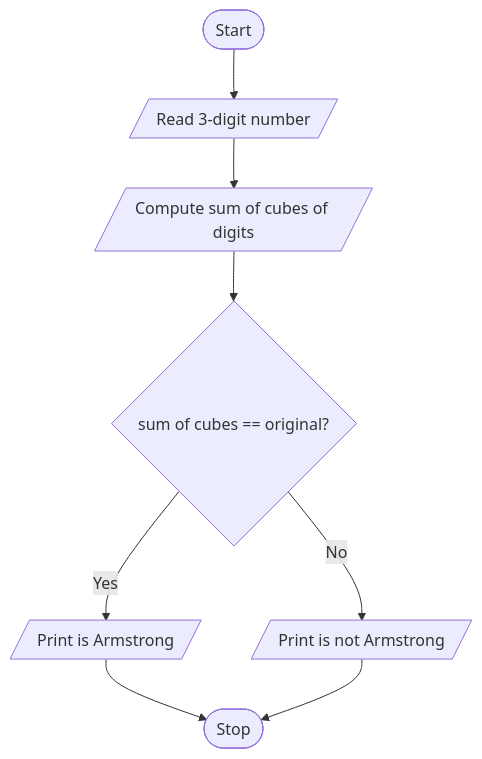
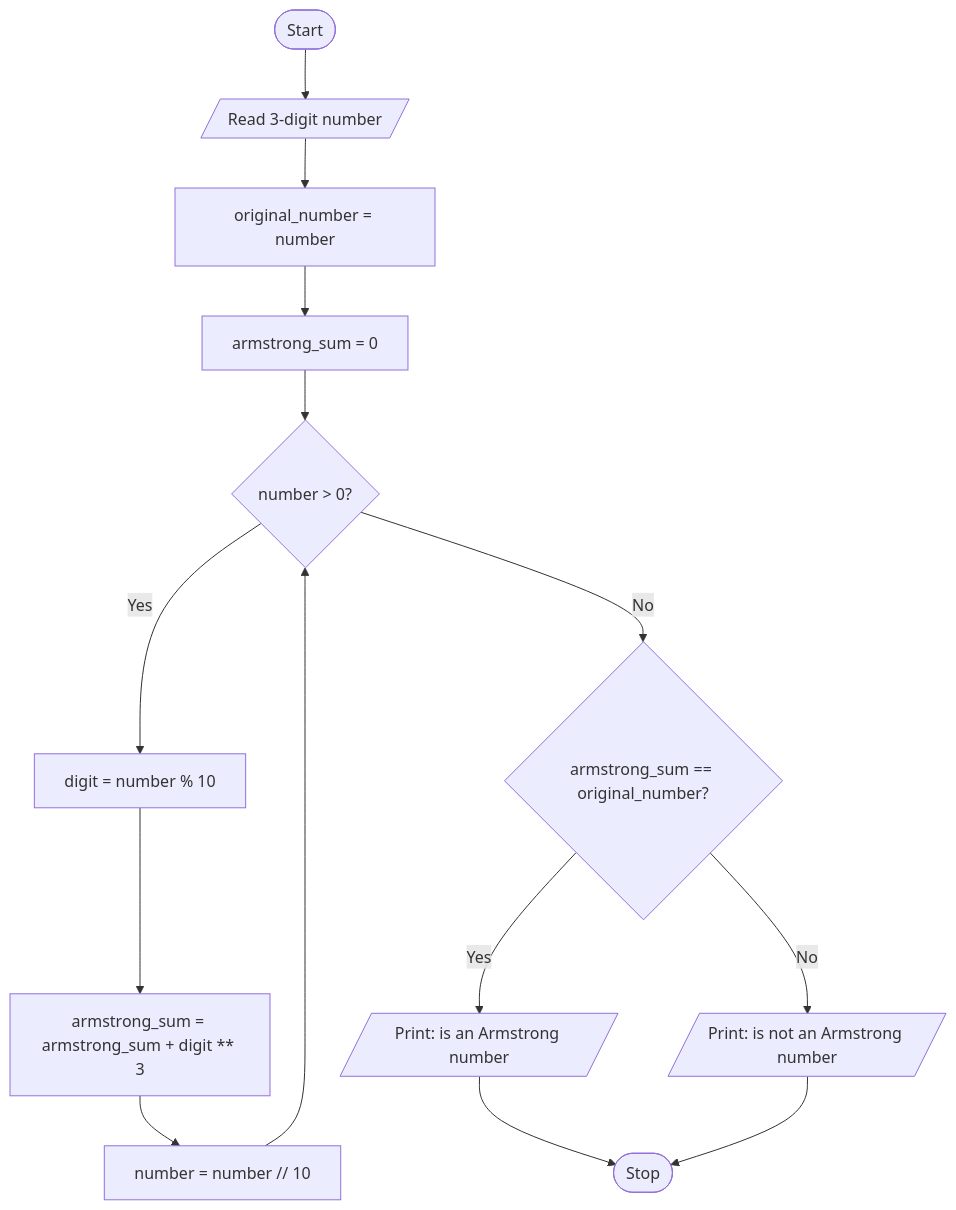
One commit to asvnphanindra/2026-27_PythonProgrammingCourse changed the diagram in .faculty/observations/u2b11arm.md. Above: the diagram before and after it, drawn with Mermaid. The commit also changed 20 other files, not shown here.

Commit message:
Expand Full-observation flowcharts with step-by-step Mermaid detail.

````diff
--- a/.faculty/observations/u2b11arm.md
+++ b/.faculty/observations/u2b11arm.md
@@ -57,17 +57,20 @@
 ```mermaid
 flowchart TD
-    S(["Start"])
-    A0[/"Read 3-digit number"/]
-    A1[/"Compute sum of cubes of digits"/]
-    D{"sum of cubes == original?"}
-    Y0[/"Print is Armstrong"/]
-    N0[/"Print is not Armstrong"/]
-    E(["Stop"])
-    S --> A0
-    A0 --> A1
-    A1 --> D
-    D -->|Yes| Y0
-    D -->|No| N0
-    Y0 --> E
-    N0 --> E
+Start(["Start"])
+R1[/"Read 3-digit number"/]
+P1["original_number = number"]
+P2["armstrong_sum = 0"]
+D1{"number > 0?"}
+P3["digit = number % 10"]
+P4["armstrong_sum = armstrong_sum + digit ** 3"]
+P5["number = number // 10"]
+D2{"armstrong_sum == original_number?"}
+Y[/"Print: is an Armstrong number"/]
+N[/"Print: is not an Armstrong number"/]
+Stop(["Stop"])
+Start --> R1 --> P1 --> P2 --> D1
+D1 -->|Yes| P3 --> P4 --> P5 --> D1
+D1 -->|No| D2
+D2 -->|Yes| Y --> Stop
+D2 -->|No| N --> Stop
 ```
````
